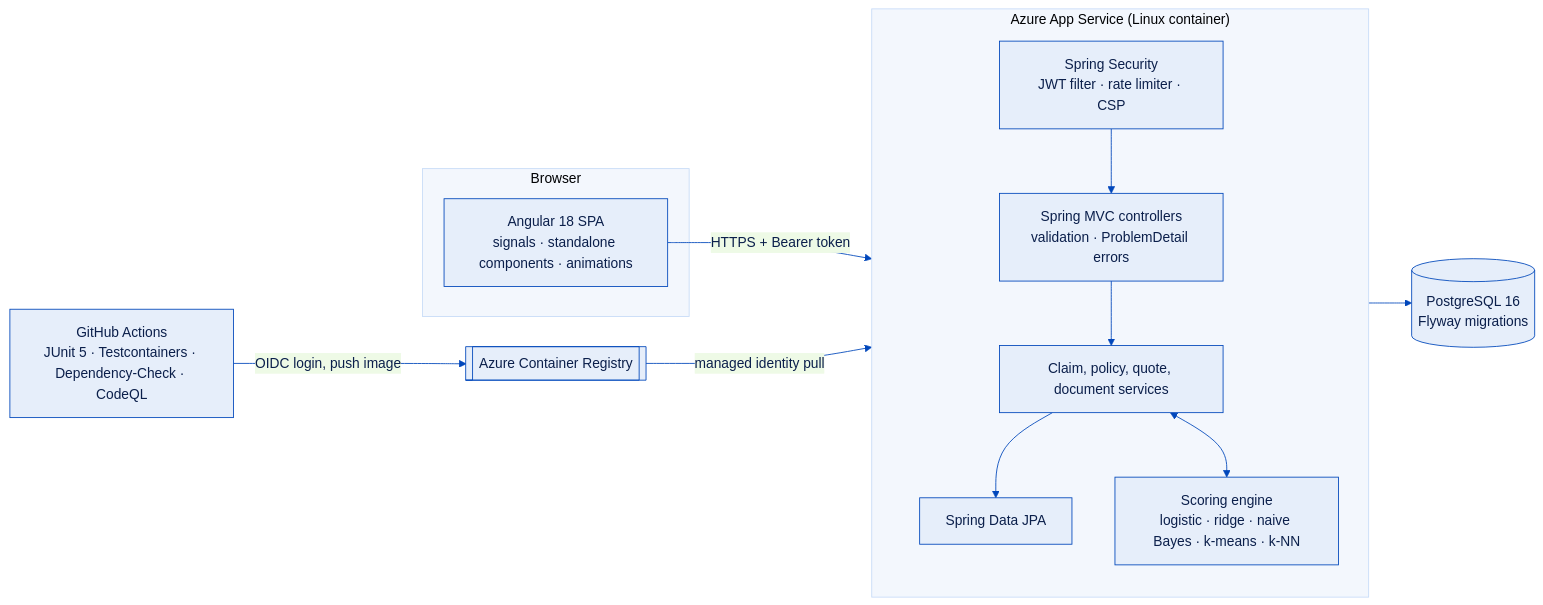
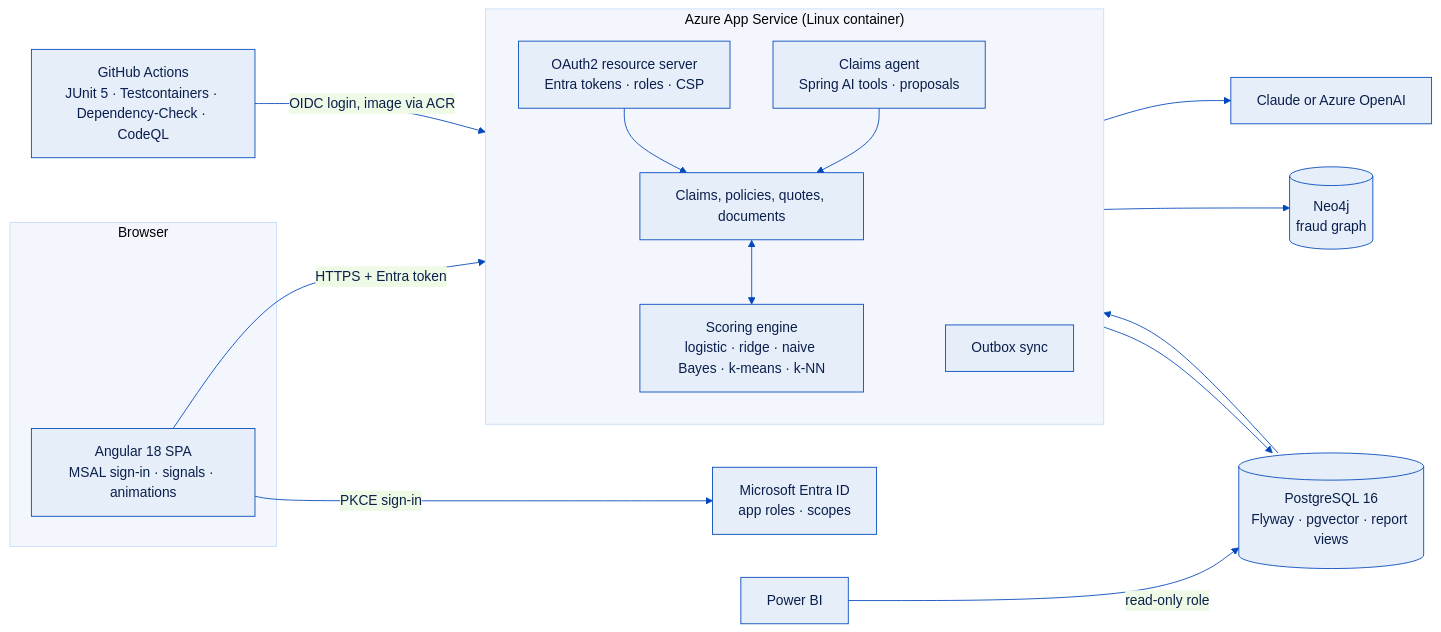
The first of 4 diagrams in README.md (patilrajvardhan27/Notsureance), drawn with Mermaid before and after one commit. The commit also changed other lines of this file and 2 other files, not shown here.

Commit message:
Updated the README and docs for Entra sign-in, the claims agent, the fraud graph and the Power BI report

````diff
--- a/README.md
+++ b/README.md
@@ -51,23 +46,32 @@
 ```mermaid
 %%{init: {'theme':'base','themeVariables':{'primaryColor':'#E6EEFA','primaryBorderColor':'#0047BB','primaryTextColor':'#0B1F4B','lineColor':'#0047BB','fontFamily':'Source Sans 3, Arial','clusterBkg':'#F3F7FD','clusterBorder':'#C7DBF7'}}}%%
 flowchart LR
   subgraph Client["Browser"]
-    UI["Angular 18 SPA<br/>signals · standalone components · animations"]
+    UI["Angular 18 SPA<br/>MSAL sign-in · signals · animations"]
   end
+  ENTRA["Microsoft Entra ID<br/>app roles · scopes"]
   subgraph Azure["Azure App Service (Linux container)"]
     direction TB
-    SEC["Spring Security<br/>JWT filter · rate limiter · CSP"]
-    API["Spring MVC controllers<br/>validation · ProblemDetail errors"]
-    SVC["Claim, policy, quote, document services"]
+    SEC["OAuth2 resource server<br/>Entra tokens · roles · CSP"]
+    SVC["Claims, policies, quotes, documents"]
     ML["Scoring engine<br/>logistic · ridge · naive Bayes · k-means · k-NN"]
-    JPA["Spring Data JPA"]
-    SEC --> API --> SVC --> JPA
+    AG["Claims agent<br/>Spring AI tools · proposals"]
+    OUT["Outbox sync"]
+    SEC --> SVC
     SVC <--> ML
+    AG --> SVC
   end
-  DB[("PostgreSQL 16<br/>Flyway migrations")]
-  ACR[["Azure Container Registry"]]
+  LLM["Claude or Azure OpenAI"]
+  DB[("PostgreSQL 16<br/>Flyway · pgvector · report views")]
+  NEO[("Neo4j<br/>fraud graph")]
+  PBI["Power BI"]
   GH["GitHub Actions<br/>JUnit 5 · Testcontainers · Dependency-Check · CodeQL"]
-  UI -- "HTTPS + Bearer token" --> SEC
-  JPA --> DB
-  GH -- "OIDC login, push image" --> ACR -- "managed identity pull" --> Azure
+  UI -- "PKCE sign-in" --> ENTRA
+  UI -- "HTTPS + Entra token" --> SEC
+  AG --> LLM
+  SVC --> DB
+  OUT --> NEO
+  DB --> OUT
+  PBI -- "read-only role" --> DB
+  GH -- "OIDC login, image via ACR" --> Azure
 ```
````
